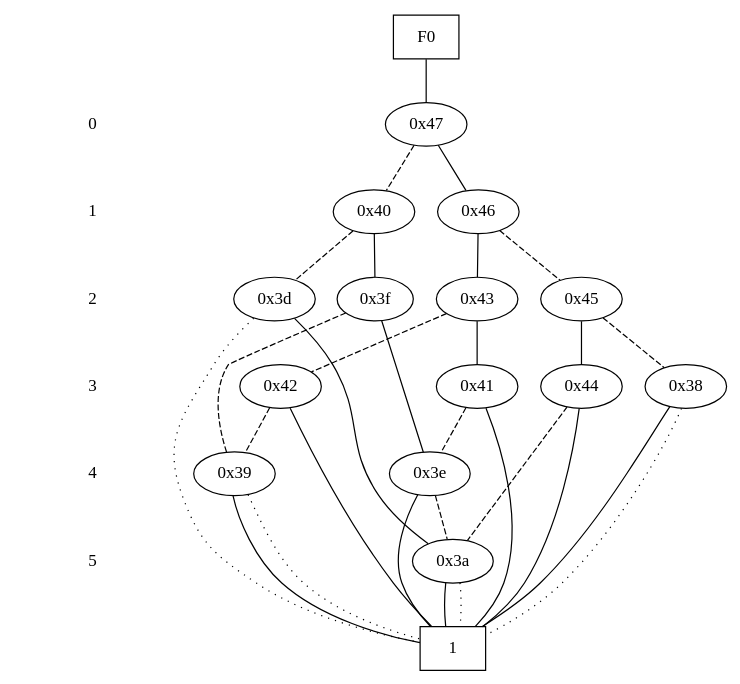
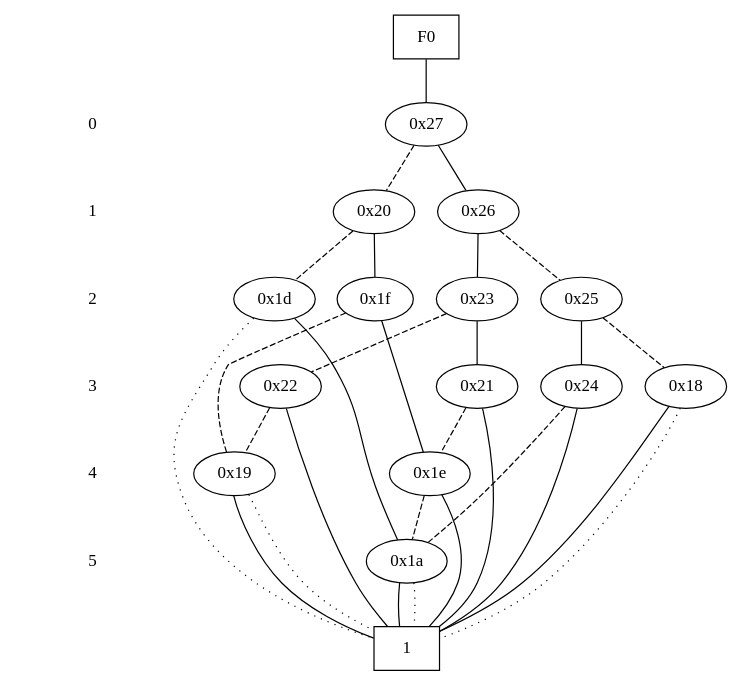
The diagram in cmp_sylvancudd/example_bdd/cudd_bdd_not_optimal.dot (apdofficial/sylvan-benchmarks), drawn with Graphviz before and after one commit. The commit also changed 23 other files, not shown here.

```diff
--- a/cmp_sylvancudd/example_bdd/cudd_bdd_not_optimal.dot
+++ b/cmp_sylvancudd/example_bdd/cudd_bdd_not_optimal.dot
@@ -1,72 +1,72 @@
 digraph "DD" {
 size = "7.5,10"
 center = true;
 edge [dir = none];
 { node [shape = plaintext];
   edge [style = invis];
   "CONST NODES" [style = invis];
 " 0 " -> " 1 " -> " 2 " -> " 3 " -> " 4 " -> " 5 " -> "CONST NODES"; 
 }
 { rank = same; node [shape = box]; edge [style = invis];
 "F0"; }
 { rank = same; " 0 ";
-"0x47";
+"0x27";
 }
 { rank = same; " 1 ";
-"0x40";
-"0x46";
+"0x20";
+"0x26";
 }
 { rank = same; " 2 ";
-"0x3d";
-"0x43";
-"0x45";
-"0x3f";
+"0x1d";
+"0x23";
+"0x25";
+"0x1f";
 }
 { rank = same; " 3 ";
-"0x38";
-"0x42";
-"0x44";
-"0x41";
+"0x22";
+"0x24";
+"0x21";
+"0x18";
 }
 { rank = same; " 4 ";
-"0x39";
-"0x3e";
+"0x1e";
+"0x19";
 }
 { rank = same; " 5 ";
-"0x3a";
+"0x1a";
 }
 { rank = same; "CONST NODES";
-{ node [shape = box]; "0x31";
+{ node [shape = box]; "0x11";
 }
 }
-"F0" -> "0x47" [style = solid];
-"0x47" -> "0x46";
-"0x47" -> "0x40" [style = dashed];
-"0x40" -> "0x3f";
-"0x40" -> "0x3d" [style = dashed];
-"0x46" -> "0x43";
-"0x46" -> "0x45" [style = dashed];
-"0x3d" -> "0x3a";
-"0x3d" -> "0x31" [style = dotted];
-"0x43" -> "0x41";
-"0x43" -> "0x42" [style = dashed];
-"0x45" -> "0x44";
-"0x45" -> "0x38" [style = dashed];
-"0x3f" -> "0x3e";
-"0x3f" -> "0x39" [style = dashed];
-"0x38" -> "0x31";
-"0x38" -> "0x31" [style = dotted];
-"0x42" -> "0x31";
-"0x42" -> "0x39" [style = dashed];
-"0x44" -> "0x31";
-"0x44" -> "0x3a" [style = dashed];
-"0x41" -> "0x31";
-"0x41" -> "0x3e" [style = dashed];
-"0x39" -> "0x31";
-"0x39" -> "0x31" [style = dotted];
-"0x3e" -> "0x31";
-"0x3e" -> "0x3a" [style = dashed];
-"0x3a" -> "0x31";
-"0x3a" -> "0x31" [style = dotted];
-"0x31" [label = "1"];
+"F0" -> "0x27" [style = solid];
+"0x27" -> "0x26";
+"0x27" -> "0x20" [style = dashed];
+"0x20" -> "0x1f";
+"0x20" -> "0x1d" [style = dashed];
+"0x26" -> "0x23";
+"0x26" -> "0x25" [style = dashed];
+"0x1d" -> "0x1a";
+"0x1d" -> "0x11" [style = dotted];
+"0x23" -> "0x21";
+"0x23" -> "0x22" [style = dashed];
+"0x25" -> "0x24";
+"0x25" -> "0x18" [style = dashed];
+"0x1f" -> "0x1e";
+"0x1f" -> "0x19" [style = dashed];
+"0x22" -> "0x11";
+"0x22" -> "0x19" [style = dashed];
+"0x24" -> "0x11";
+"0x24" -> "0x1a" [style = dashed];
+"0x21" -> "0x11";
+"0x21" -> "0x1e" [style = dashed];
+"0x18" -> "0x11";
+"0x18" -> "0x11" [style = dotted];
+"0x1e" -> "0x11";
+"0x1e" -> "0x1a" [style = dashed];
+"0x19" -> "0x11";
+"0x19" -> "0x11" [style = dotted];
+"0x1a" -> "0x11";
+"0x1a" -> "0x11" [style = dotted];
+"0x11" [label = "1"];
 }
```
